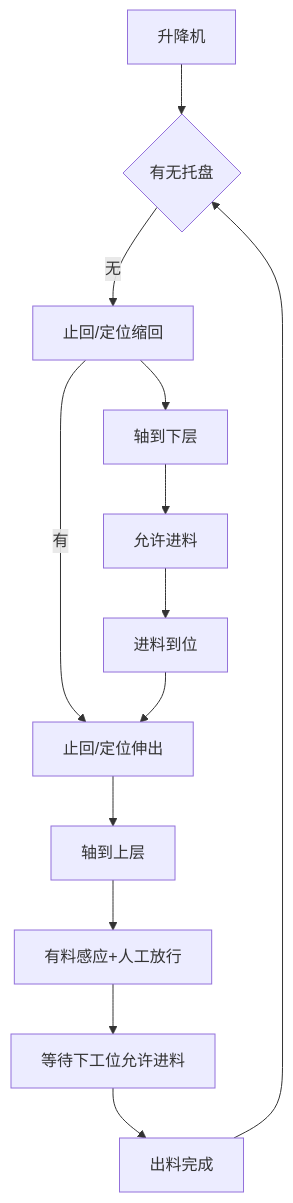
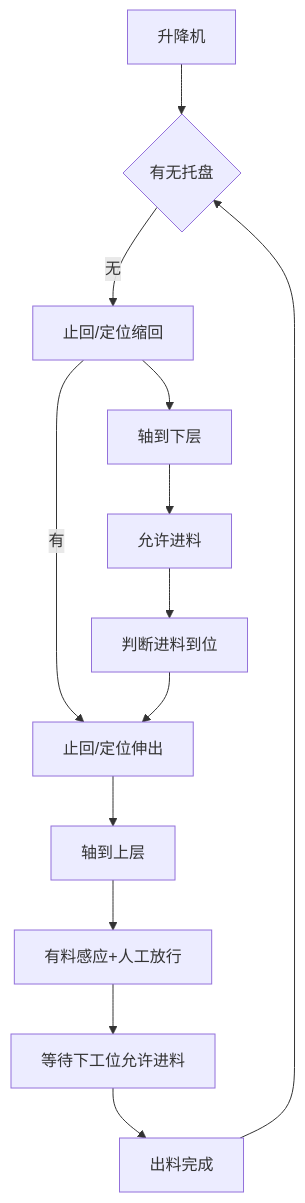
One commit to PengKun1/iodraw-files changed the diagram in all/升降台.md. Above: the diagram before and after it, drawn with Mermaid.

Commit message:
2024-12-23 11:30:08 update

````diff
--- a/all/升降台.md
+++ b/all/升降台.md
@@ -1,16 +1,15 @@
 ```mermaid
 graph TD
 0[升降机]-->10
 10{有无托盘}-->|无|20
 20-->|有|60
 20[止回/定位缩回]-->30
 30[轴到下层]-->40
 40[允许进料]-->50
-50[进料到位]-->60
+50[判断进料到位]-->60
 60[止回/定位伸出]-->70
 70[轴到上层]-->80
 80[有料感应+人工放行]-->90
 90[等待下工位允许进料]-->100
-
 100[出料完成]-->10
 ```
````
